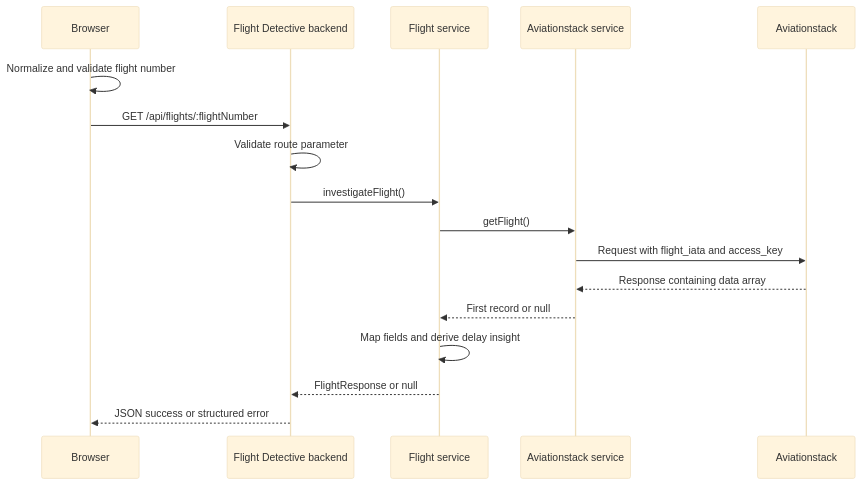
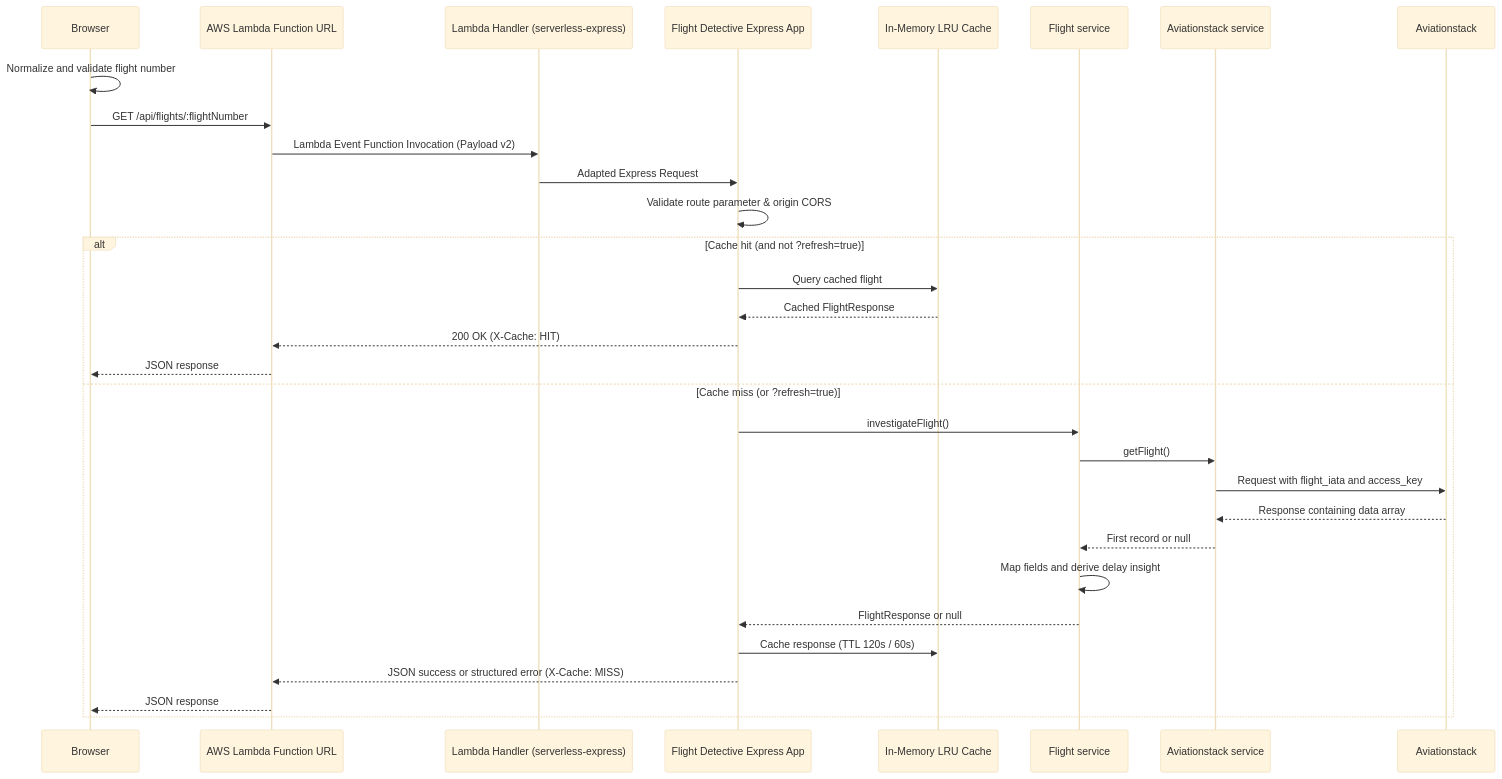
The diagram in docs/SYSTEM-DESIGN.md (Yuktha01/flight-detective), drawn with Mermaid (base theme) before and after one commit. The commit also changed other lines of this file and 3 other files, not shown here.

Commit message:
docs: update HLD, LLD, and system design for Lambda Function URL architecture

````diff
--- a/docs/SYSTEM-DESIGN.md
+++ b/docs/SYSTEM-DESIGN.md
@@ -23,20 +23,34 @@
 ```mermaid
 sequenceDiagram
     participant Browser
-    participant API as Flight Detective backend
+    participant FURL as AWS Lambda Function URL
+    participant Lambda as Lambda Handler (serverless-express)
+    participant API as Flight Detective Express App
+    participant Cache as In-Memory LRU Cache
     participant Flight as Flight service
     participant Provider as Aviationstack service
     participant AV as Aviationstack
 
     Browser->>Browser: Normalize and validate flight number
-    Browser->>API: GET /api/flights/:flightNumber
-    API->>API: Validate route parameter
-    API->>Flight: investigateFlight()
-    Flight->>Provider: getFlight()
-    Provider->>AV: Request with flight_iata and access_key
-    AV-->>Provider: Response containing data array
-    Provider-->>Flight: First record or null
-    Flight->>Flight: Map fields and derive delay insight
-    Flight-->>API: FlightResponse or null
-    API-->>Browser: JSON success or structured error
+    Browser->>FURL: GET /api/flights/:flightNumber
+    FURL->>Lambda: Lambda Event Function Invocation (Payload v2)
+    Lambda->>API: Adapted Express Request
+    API->>API: Validate route parameter & origin CORS
+    alt Cache hit (and not ?refresh=true)
+        API->>Cache: Query cached flight
+        Cache-->>API: Cached FlightResponse
+        API-->>FURL: 200 OK (X-Cache: HIT)
+        FURL-->>Browser: JSON response
+    else Cache miss (or ?refresh=true)
+        API->>Flight: investigateFlight()
+        Flight->>Provider: getFlight()
+        Provider->>AV: Request with flight_iata and access_key
+        AV-->>Provider: Response containing data array
+        Provider-->>Flight: First record or null
+        Flight->>Flight: Map fields and derive delay insight
+        Flight-->>API: FlightResponse or null
+        API->>Cache: Cache response (TTL 120s / 60s)
+        API-->>FURL: JSON success or structured error (X-Cache: MISS)
+        FURL-->>Browser: JSON response
+    end
 ```
````
